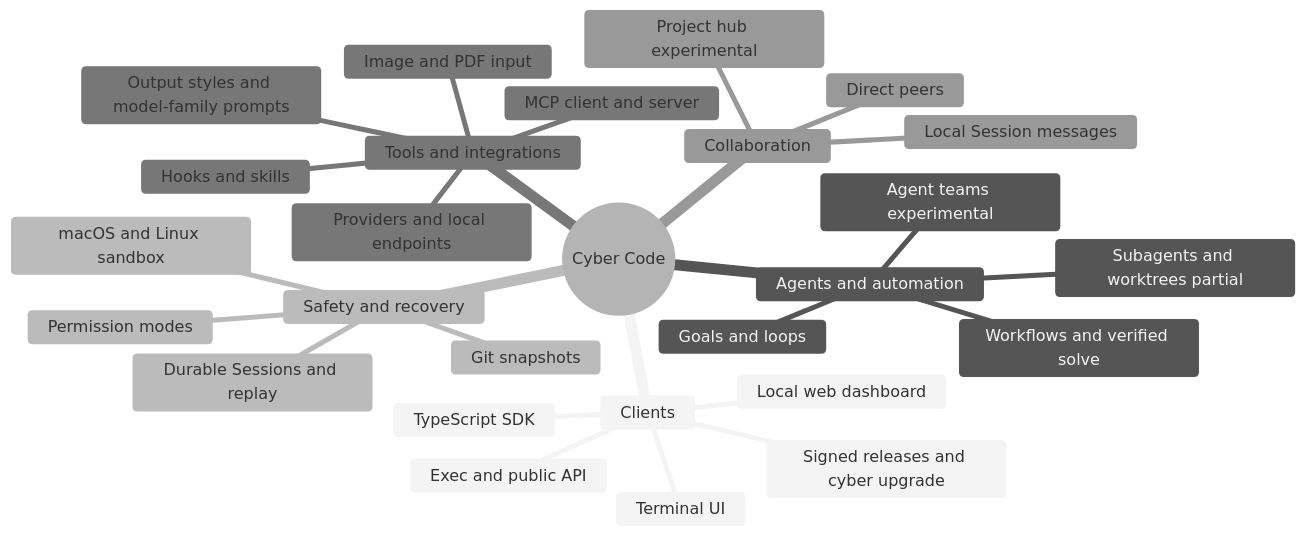
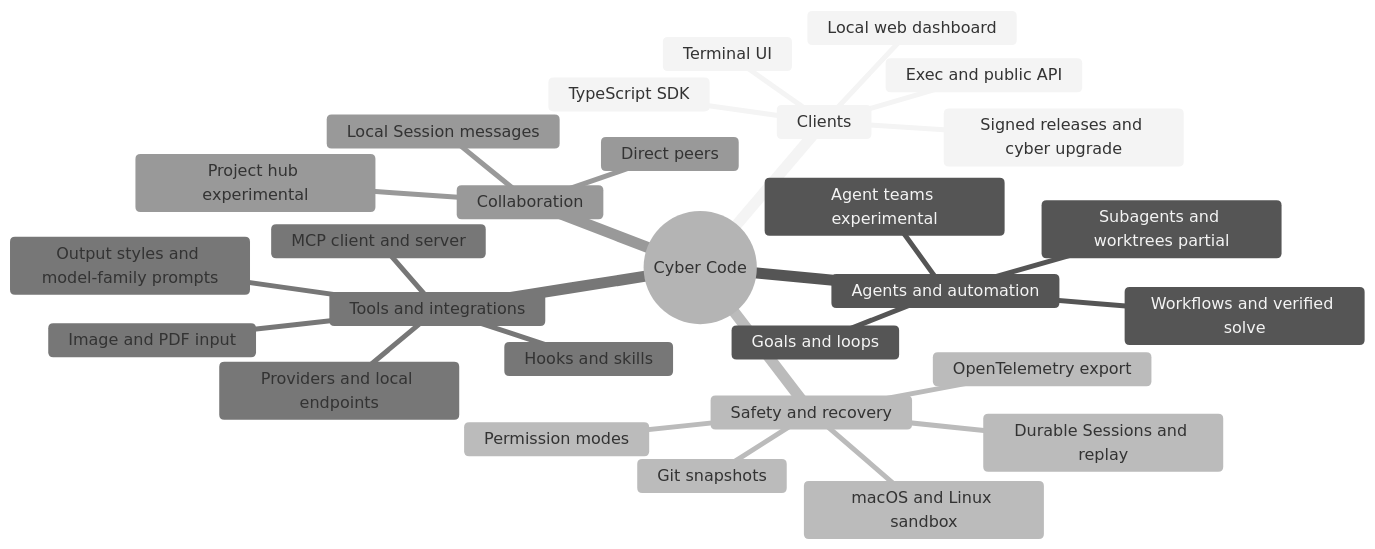
One commit to CyberdyneCorp/cybercode-cli changed the diagram in README.md. Above: the diagram before and after it, drawn with Mermaid (neutral theme). The commit also changed other lines of this file and 61 other files, not shown here.

````diff
--- a/README.md
+++ b/README.md
@@ -80,30 +80,31 @@
 ```mermaid
 mindmap
   root((Cyber Code))
     Clients
       Terminal UI
       Exec and public API
       Local web dashboard
       TypeScript SDK
       Signed releases and cyber upgrade
     Agents and automation
       Subagents and worktrees partial
       Workflows and verified solve
       Goals and loops
       Agent teams experimental
     Safety and recovery
       Permission modes
       macOS and Linux sandbox
       Git snapshots
       Durable Sessions and replay
+      OpenTelemetry export
     Tools and integrations
       Providers and local endpoints
       MCP client and server
       Hooks and skills
       Image and PDF input
       Output styles and model-family prompts
     Collaboration
       Local Session messages
       Direct peers
       Project hub experimental
 ```
````
